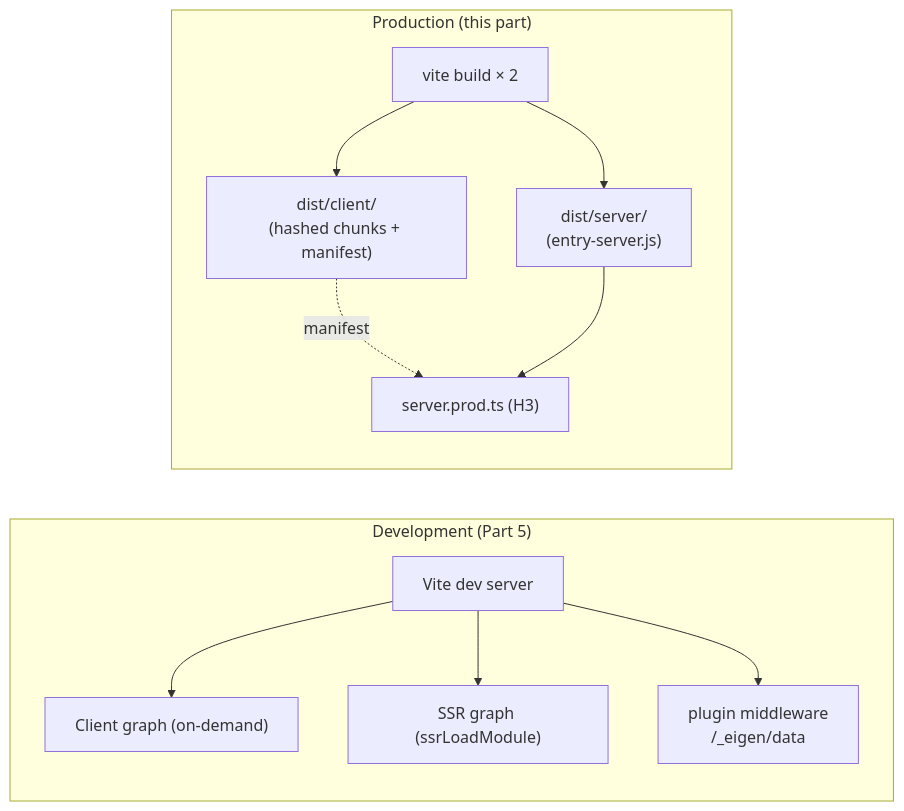
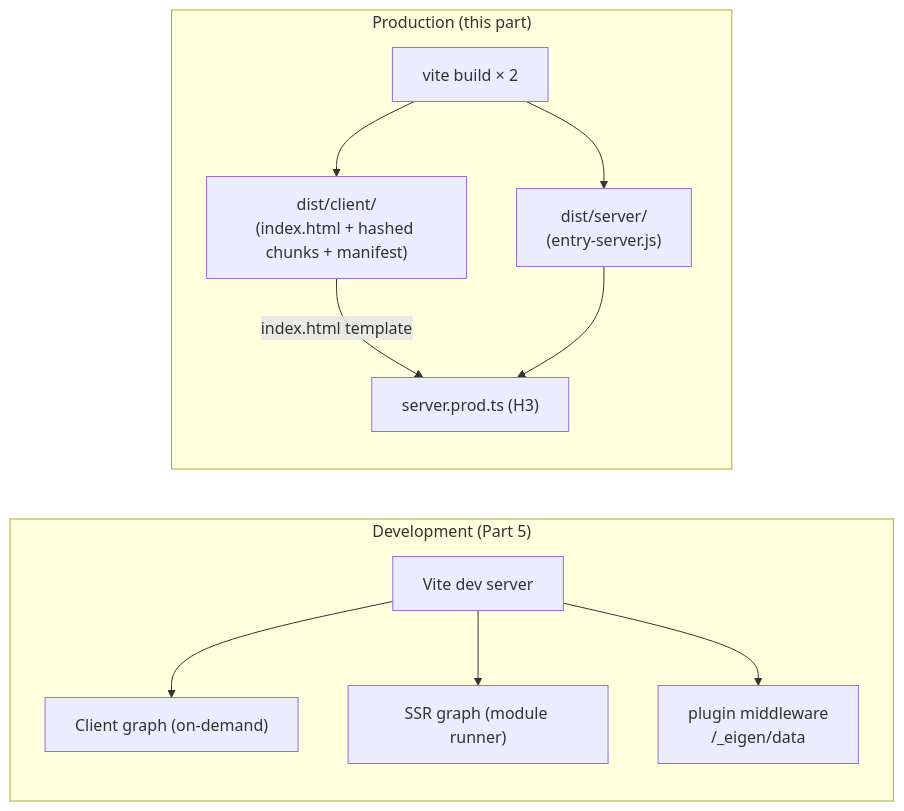
One commit to adamhake/eigen changed the first of 2 diagrams in apps/tutorial/src/content/06-production-builds.mdx. Above: the diagram before and after it, drawn with Mermaid. The commit also changed other lines of this file and 42 other files, not shown here.

````diff
--- a/apps/tutorial/src/content/06-production-builds.mdx
+++ b/apps/tutorial/src/content/06-production-builds.mdx
@@ -35,14 +36,14 @@
 ```mermaid
 flowchart LR
     subgraph dev["Development (Part 5)"]
         DS["Vite dev server"] --> CG["Client graph (on-demand)"]
-        DS --> SG["SSR graph (ssrLoadModule)"]
+        DS --> SG["SSR graph (module runner)"]
         DS --> DM["plugin middleware<br/>/_eigen/data"]
     end
     subgraph prod["Production (this part)"]
-        VB["vite build × 2"] --> DC["dist/client/<br/>(hashed chunks + manifest)"]
+        VB["vite build × 2"] --> DC["dist/client/<br/>(index.html + hashed chunks + manifest)"]
         VB --> DSV["dist/server/<br/>(entry-server.js)"]
-        DC -.manifest.-> H3["server.prod.ts (H3)"]
+        DC -- "index.html template" --> H3["server.prod.ts (H3)"]
         DSV --> H3
     end
 ```
````
